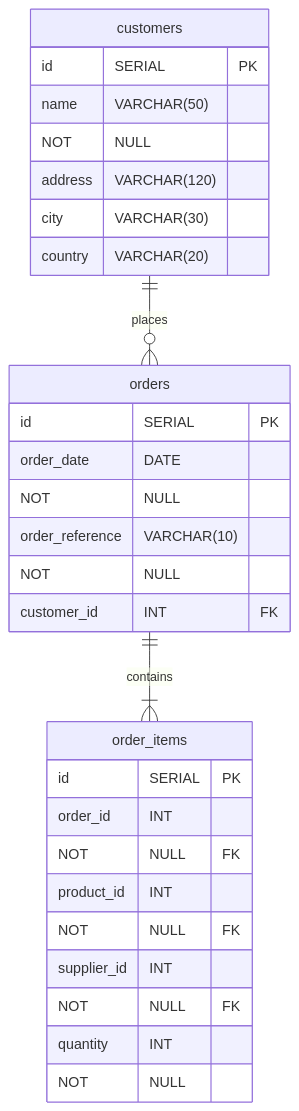
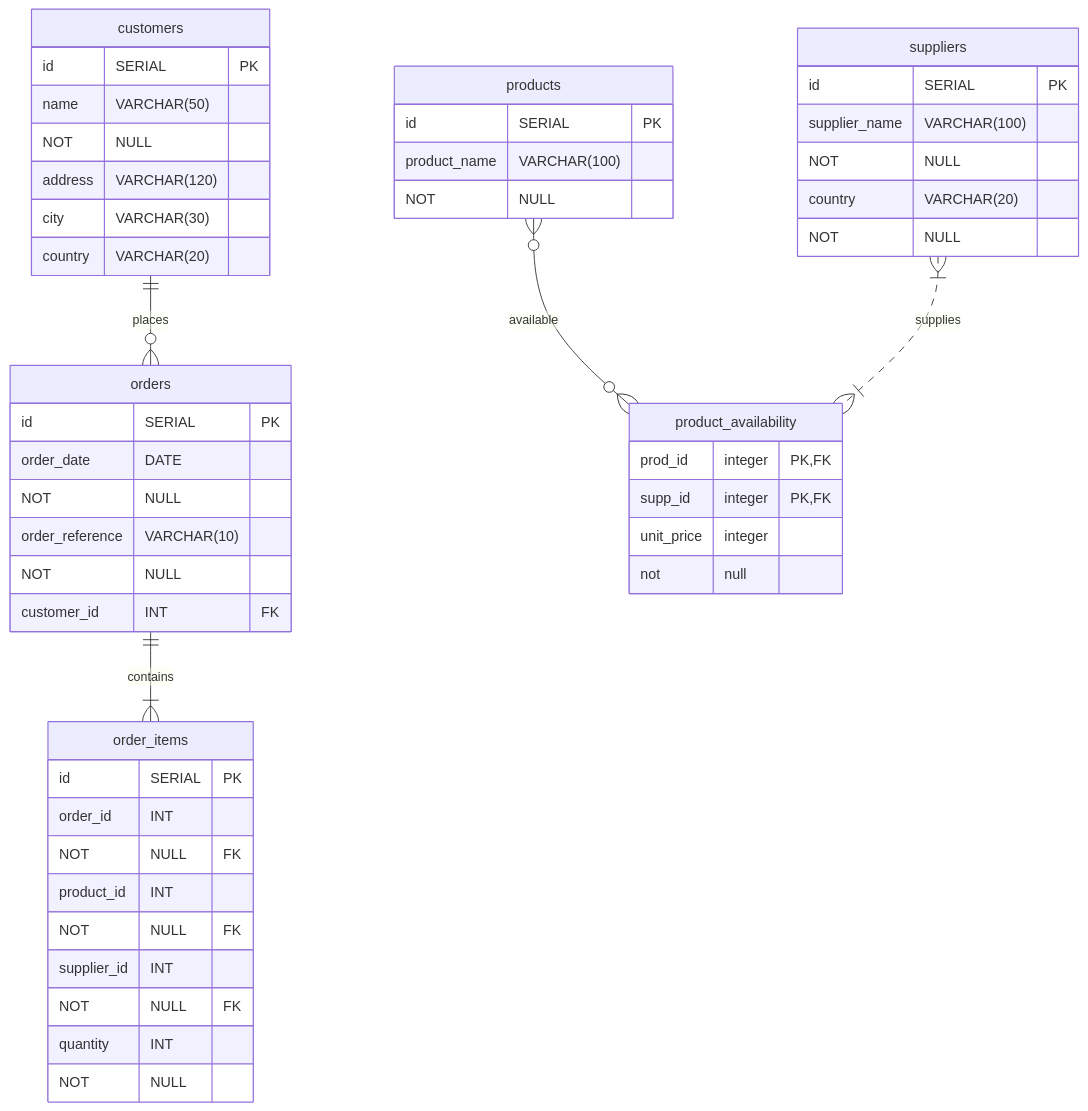
Before and after one commit to CodeYourFuture/Module-Databases: the diagram in E-Commerce/readme.md, drawn with Mermaid.

Commit message:
erDiagram from products, product_availability and suppliers

````diff
--- a/E-Commerce/readme.md
+++ b/E-Commerce/readme.md
@@ -35,26 +35,46 @@
 ```mermaid
 erDiagram
     customers {
 id SERIAL PK
 name VARCHAR(50) NOT NULL
 address VARCHAR(120)
 city VARCHAR(30)
 country VARCHAR(20)
     }
     customers ||--o{ orders : places
     orders {
         id SERIAL PK
     order_date DATE NOT NULL
     order_reference VARCHAR(10) NOT NULL
     customer_id INT FK
     }
     orders ||--|{ order_items : contains
 
 order_items {
 id SERIAL PK
 order_id INT NOT NULL FK
 product_id INT NOT NULL FK
 supplier_id INT NOT NULL FK
 quantity INT NOT NULL
 }
+
+products {
+id SERIAL PK
+product_name VARCHAR(100) NOT NULL}
+
+products }o--o{ product_availability : available
+
+product_availability {
+prod_id integer PK, FK
+supp_id integer PK, FK
+unit_price integer not null
+}
+
+suppliers }|..|{ product_availability : supplies
+
+suppliers {
+id SERIAL PK
+supplier_name VARCHAR(100) NOT NULL
+country VARCHAR(20) NOT NULL
+}
 ```
````
